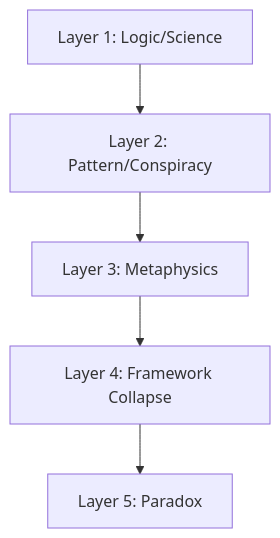
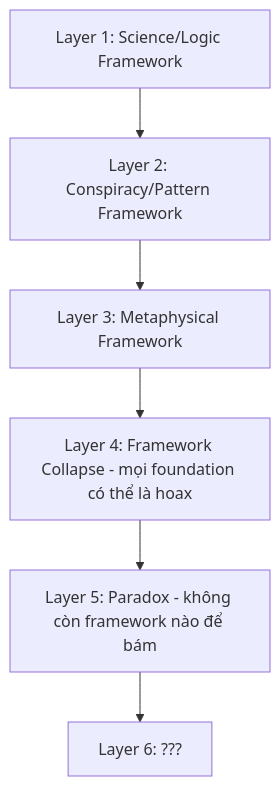
One commit to dyukahi/knowledge changed the second of 3 diagrams in esoterica/Nghịch Lý Của Hiểu Biết.md. Above: the diagram before and after it, drawn with Mermaid. The commit also changed other lines of this file, not shown here.

````diff
--- a/esoterica/Nghịch Lý Của Hiểu Biết.md
+++ b/esoterica/Nghịch Lý Của Hiểu Biết.md
@@ -43,10 +59,11 @@
 ```mermaid
 flowchart TD
-    L1["Layer 1: Logic/Science"]
-    L2["Layer 2: Pattern/Conspiracy"]
-    L3["Layer 3: Metaphysics"]
-    L4["Layer 4: Framework Collapse"]
-    L5["Layer 5: Paradox"]
+    L1["Layer 1: Science/Logic Framework"]
+    L2["Layer 2: Conspiracy/Pattern Framework"]
+    L3["Layer 3: Metaphysical Framework"]
+    L4["Layer 4: Framework Collapse - mọi foundation có thể là hoax"]
+    L5["Layer 5: Paradox - không còn framework nào để bám"]
+    L6["Layer 6: ???"]
     
-    L1 --> L2 --> L3 --> L4 --> L5
+    L1 --> L2 --> L3 --> L4 --> L5 --> L6
 ```
````
